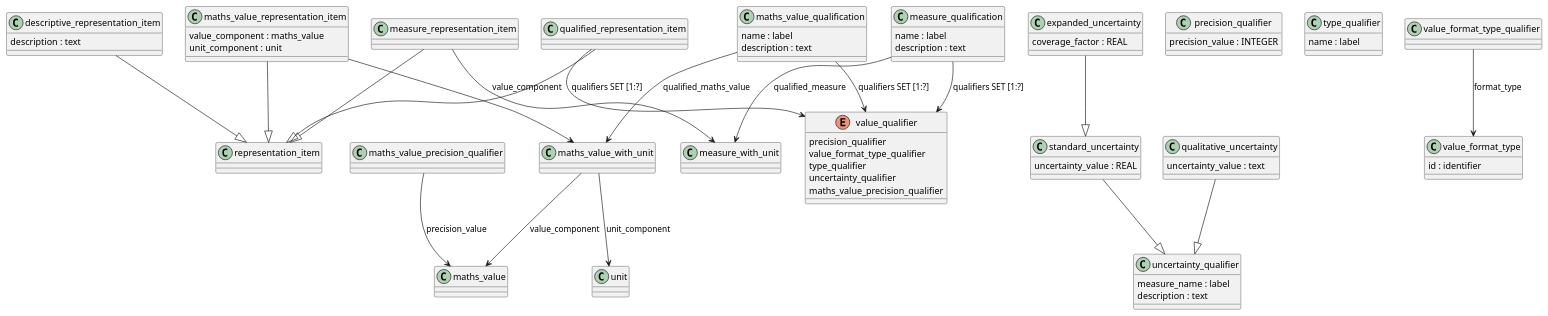
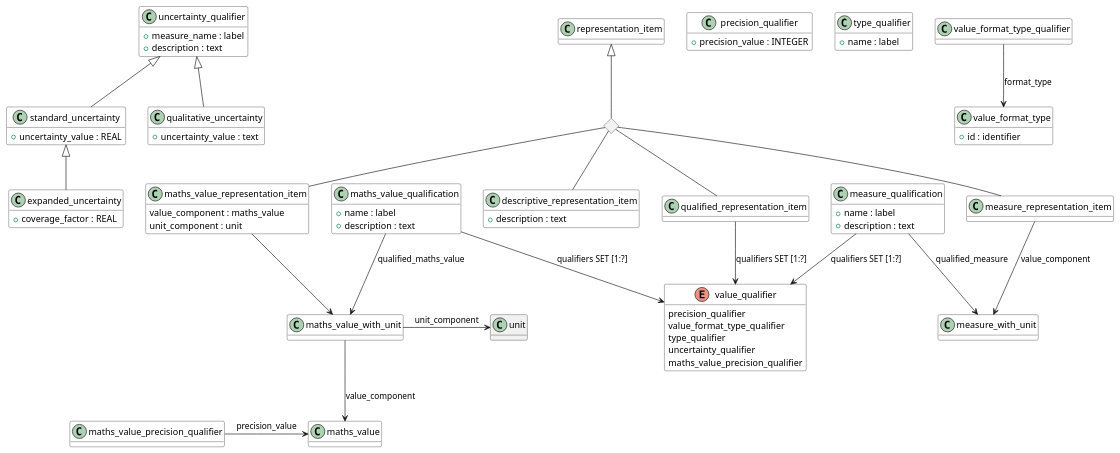
The diagram in 004 Material/qualified_measure/source/qualified_measure.pu (chukkaba/10303), drawn with PlantUML before and after one commit. The commit also changed 10 other files, not shown here.

```diff
--- a/004 Material/qualified_measure/source/qualified_measure.pu
+++ b/004 Material/qualified_measure/source/qualified_measure.pu
@@ -1,113 +1,135 @@
-@startuml
+@startuml qualified_measure
 
-class representation_item {
+'!pragma layout smetana
+hide empty methods
+'skinparam Nodesep 150
+'skinparam Linetype ortho
+
+
+class representation_item #White {
   
 }
 
-class descriptive_representation_item {
-  description : text
+class descriptive_representation_item #White {
+  + description : text
 }
 
-class expanded_uncertainty {
-  coverage_factor : REAL
+class expanded_uncertainty #White {
+  + coverage_factor : REAL
 }
 
-class maths_value_qualification {
-  name : label
-  description : text
+class maths_value_qualification #White {
+  + name : label
+  + description : text
 }
-
-class maths_value_representation_item {
+'переменные следущего класса не приведены в схеме express
+class maths_value_representation_item #White {
   value_component : maths_value
   unit_component : unit
 }
 
-class measure_qualification {
-  name : label
-  description : text
+class measure_qualification #White {
+  + name : label
+  + description : text
 }
 
-class measure_representation_item {
+class measure_representation_item #White {
 
 }
 
-class maths_value_precision_qualifier {
+class maths_value_precision_qualifier #White {
 
 }
 
-class precision_qualifier {
-  precision_value : INTEGER
+class precision_qualifier #White {
+  + precision_value : INTEGER
 }
 
-class qualified_representation_item {
+class qualified_representation_item #White {
 
 }
 
-class qualitative_uncertainty {
-  uncertainty_value : text
+class qualitative_uncertainty #White {
+  + uncertainty_value : text
 }
 
-class standard_uncertainty {
-  uncertainty_value : REAL
+class standard_uncertainty #White {
+  + uncertainty_value : REAL
 }
 
-class type_qualifier {
-  name : label
+class type_qualifier #White {
+  + name : label
 }
 
-class uncertainty_qualifier {
-  measure_name : label
-  description : text
+class uncertainty_qualifier #White {
+  + measure_name : label
+  + description : text
 }
 
-class value_format_type_qualifier {
+class value_format_type_qualifier #White {
  
 }
 
-class value_format_type {
-    id : identifier
+class value_format_type #White {
+    + id : identifier
 }
 
-enum value_qualifier {
+class maths_value_with_unit #White {
+
+}
+
+class measure_with_unit #White {
+
+}
+
+class maths_value #White {
+
+}
+
+enum value_qualifier #White {
     precision_qualifier
     value_format_type_qualifier
     type_qualifier
     uncertainty_qualifier
     maths_value_precision_qualifier
 }
 
+<> diamond
+
 ' Связи между классами
 
-descriptive_representation_item --|> representation_item
+diamond -up-|> representation_item
 
-expanded_uncertainty --|> standard_uncertainty
+descriptive_representation_item -up- diamond
 
-maths_value_qualification --> maths_value_with_unit : qualified_maths_value
+expanded_uncertainty -up-|> standard_uncertainty
+
+maths_value_qualification -down-> maths_value_with_unit : qualified_maths_value
 maths_value_qualification --> value_qualifier : qualifiers SET [1:?]
 
-maths_value_representation_item --|> representation_item
+maths_value_representation_item -up- diamond
 maths_value_representation_item --> maths_value_with_unit
 
 measure_qualification --> measure_with_unit : qualified_measure
 measure_qualification --> value_qualifier : qualifiers SET [1:?]
 
-measure_representation_item --|> representation_item
+measure_representation_item -up- diamond
 measure_representation_item --> measure_with_unit : value_component 
 
-qualified_representation_item --|> representation_item
+qualified_representation_item -up- diamond
 qualified_representation_item --> value_qualifier : qualifiers SET [1:?]
 
-qualitative_uncertainty --|> uncertainty_qualifier
+qualitative_uncertainty -up-|> uncertainty_qualifier
 
 
-standard_uncertainty --|> uncertainty_qualifier
+standard_uncertainty -up-|> uncertainty_qualifier
 
 
 value_format_type_qualifier --> value_format_type : format_type
 
-maths_value_precision_qualifier  --> maths_value : precision_value
+maths_value_precision_qualifier  -right-> maths_value : precision_value
 
 maths_value_with_unit --> maths_value : value_component
-maths_value_with_unit --> unit : unit_component
+maths_value_with_unit -right-> unit : unit_component
 
 @enduml
```
